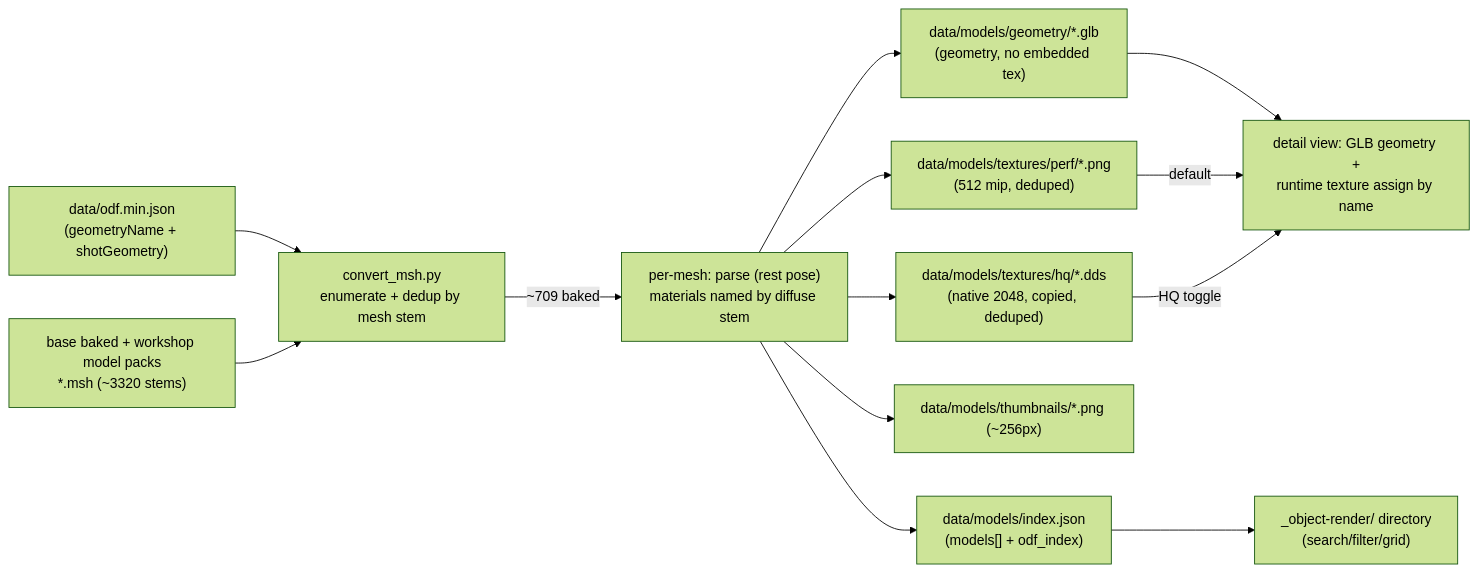
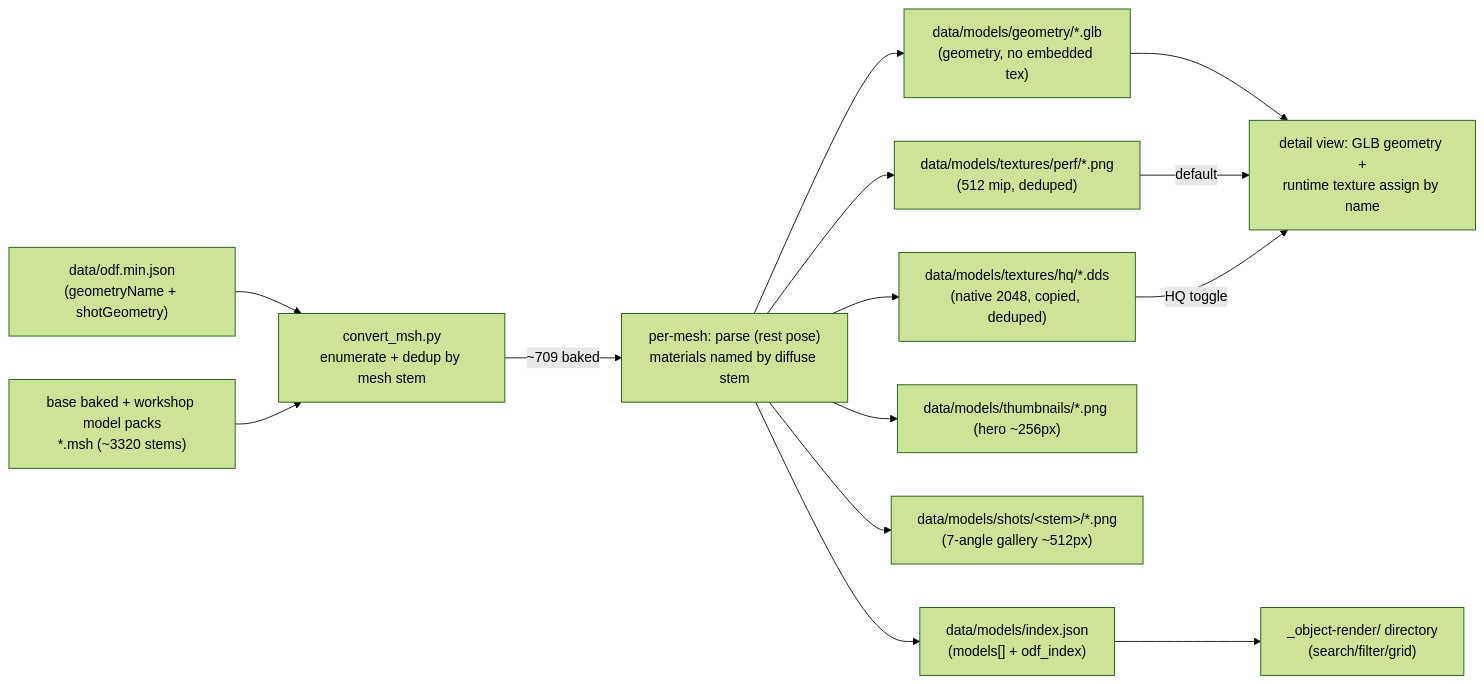
Before and after one commit to sevsunday/vt-stats: the diagram in .cursor/plans/scale_object_render_all_models_7dcdadc6.plan.md, drawn with Mermaid (forest theme). The commit also changed other lines of this file, not shown here.

````diff
--- a/.cursor/plans/scale_object_render_all_models_7dcdadc6.plan.md
+++ b/.cursor/plans/scale_object_render_all_models_7dcdadc6.plan.md
@@ -80,15 +81,16 @@
 ```mermaid
 flowchart LR
   odf["data/odf.min.json<br/>(geometryName + shotGeometry)"] --> enum["convert_msh.py<br/>enumerate + dedup by mesh stem"]
   baked["base baked + workshop model packs<br/>*.msh (~3320 stems)"] --> enum
   enum -->|"~709 baked"| conv["per-mesh: parse (rest pose)<br/>materials named by diffuse stem"]
   conv --> glb["data/models/geometry/*.glb<br/>(geometry, no embedded tex)"]
   conv --> perf["data/models/textures/perf/*.png<br/>(512 mip, deduped)"]
   conv --> hq["data/models/textures/hq/*.dds<br/>(native 2048, copied, deduped)"]
-  conv --> thumb["data/models/thumbnails/*.png (~256px)"]
+  conv --> thumb["data/models/thumbnails/*.png (hero ~256px)"]
+  conv --> shots["data/models/shots/&lt;stem&gt;/*.png<br/>(7-angle gallery ~512px)"]
   conv --> man["data/models/index.json<br/>(models[] + odf_index)"]
   man --> browser["_object-render/ directory<br/>(search/filter/grid)"]
   glb --> viewer["detail view: GLB geometry +<br/>runtime texture assign by name"]
   perf -->|default| viewer
   hq -->|"HQ toggle"| viewer
 ```
````
